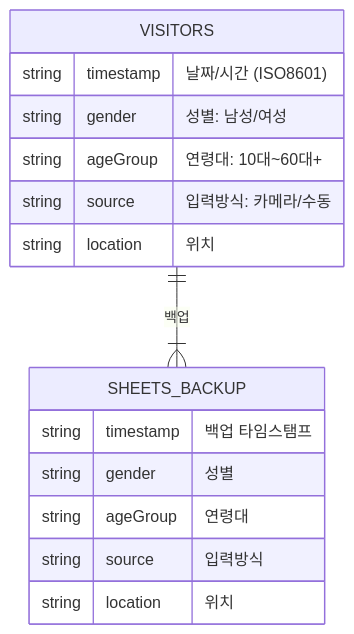
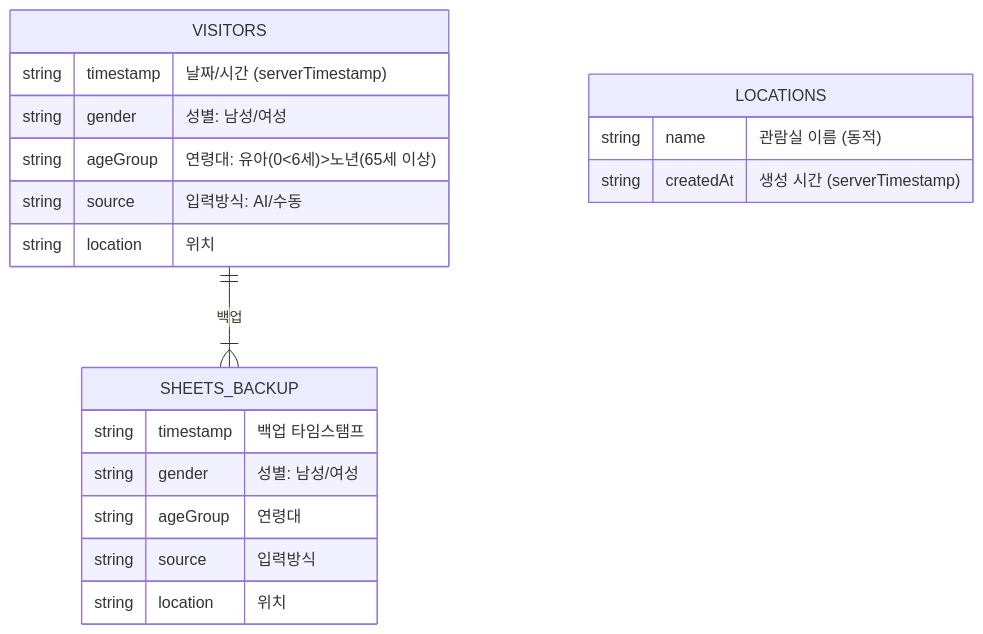
The fifth of 5 diagrams in docs/ARCHITECTURE.md (seoul-raim/raim-visitor-checkin), drawn with Mermaid before and after one commit. The commit also changed other lines of this file and 2 other files, not shown here.

````diff
--- a/docs/ARCHITECTURE.md
+++ b/docs/ARCHITECTURE.md
@@ -257,20 +312,25 @@
 ```mermaid
 erDiagram
     VISITORS {
-        string timestamp "날짜/시간 (ISO8601)"
+        string timestamp "날짜/시간 (serverTimestamp)"
         string gender "성별: 남성/여성"
-        string ageGroup "연령대: 10대~60대+"
-        string source "입력방식: 카메라/수동"
+        string ageGroup "연령대: 유아(0~6세)~노년(65세 이상)"
+        string source "입력방식: AI/수동"
         string location "위치"
     }
-    
+
+    LOCATIONS {
+        string name "관람실 이름 (동적)"
+        string createdAt "생성 시간 (serverTimestamp)"
+    }
+
     SHEETS_BACKUP {
         string timestamp "백업 타임스탬프"
-        string gender "성별"
+        string gender "성별: 남성/여성"
         string ageGroup "연령대"
         string source "입력방식"
         string location "위치"
     }
-    
+
     VISITORS ||--|{ SHEETS_BACKUP : "백업"
 ```
````
